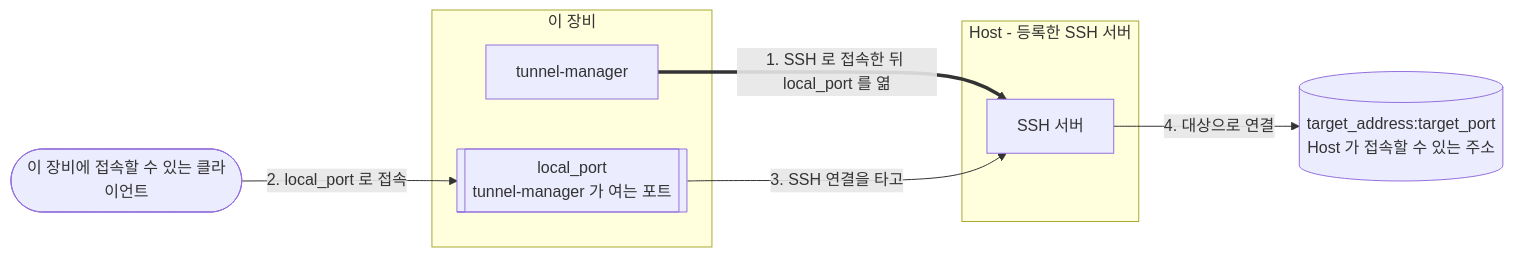
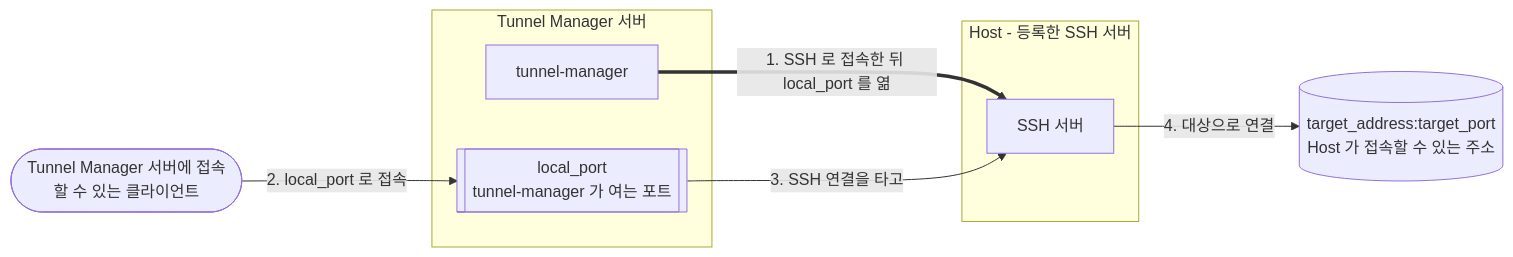
Before and after one commit to jollaman999/tunnel-manager: the second of 2 diagrams in docs/README.ko.md, drawn with Mermaid. The commit also changed other lines of this file and 7 other files, not shown here.

Commit message:
docs: Call it the Tunnel Manager server and a jump host

````diff
--- a/docs/README.ko.md
+++ b/docs/README.ko.md
@@ -41,17 +41,17 @@
 ```mermaid
 flowchart LR
-    client([이 장비에 접속할 수 있는 클라이언트])
-    subgraph here [이 장비]
+    client([Tunnel Manager 서버에 접속할 수 있는 클라이언트])
+    subgraph here [Tunnel Manager 서버]
         port[["local_port<br/>tunnel-manager 가 여는 포트"]]
         tm[tunnel-manager]
     end
     subgraph host [Host - 등록한 SSH 서버]
         sshd[SSH 서버]
     end
     target[("target_address:target_port<br/>Host 가 접속할 수 있는 주소")]
 
     tm ==>|"1. SSH 로 접속한 뒤 local_port 를 엶"| sshd
     client -->|"2. local_port 로 접속"| port
     port -->|"3. SSH 연결을 타고"| sshd
     sshd -->|"4. 대상으로 연결"| target
 ```
````
